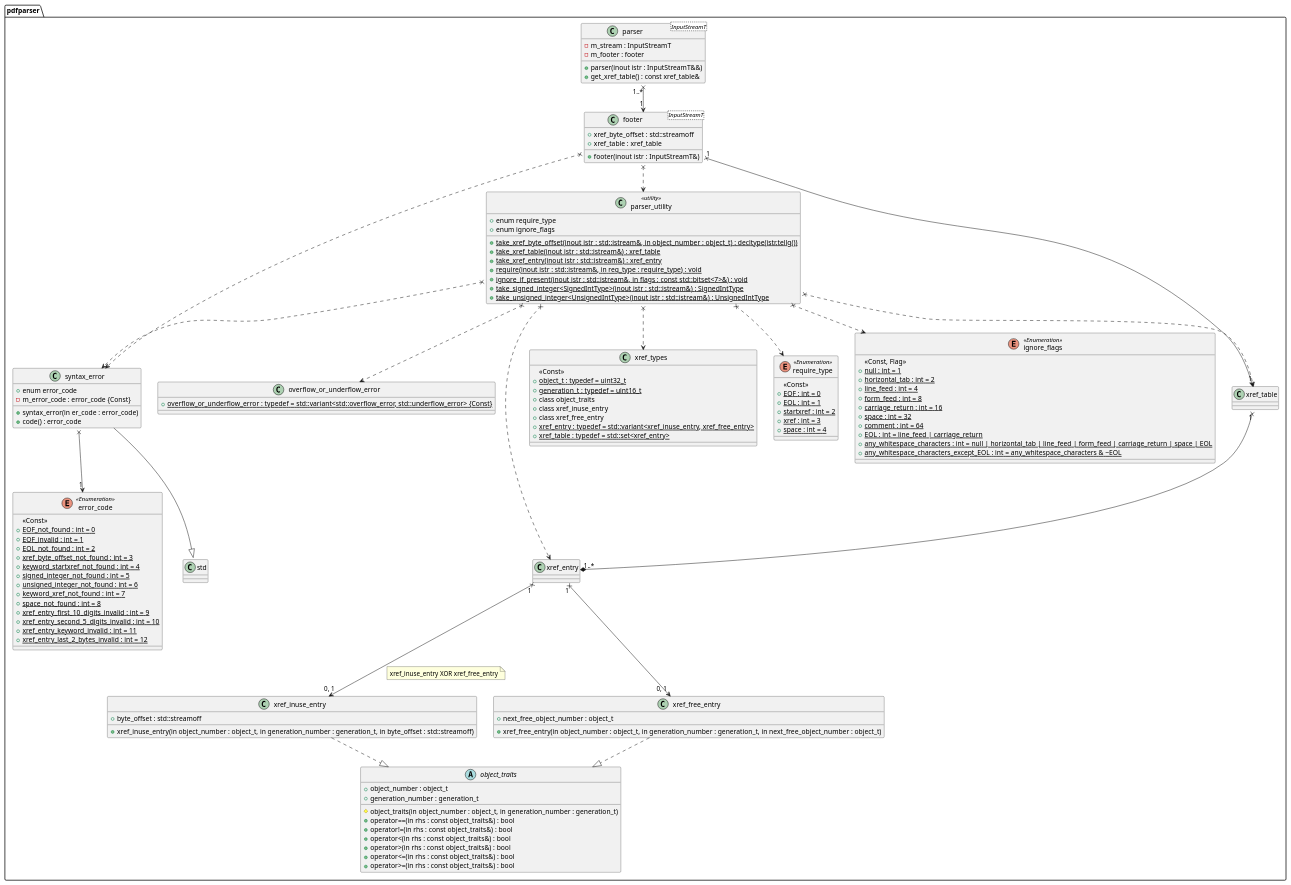
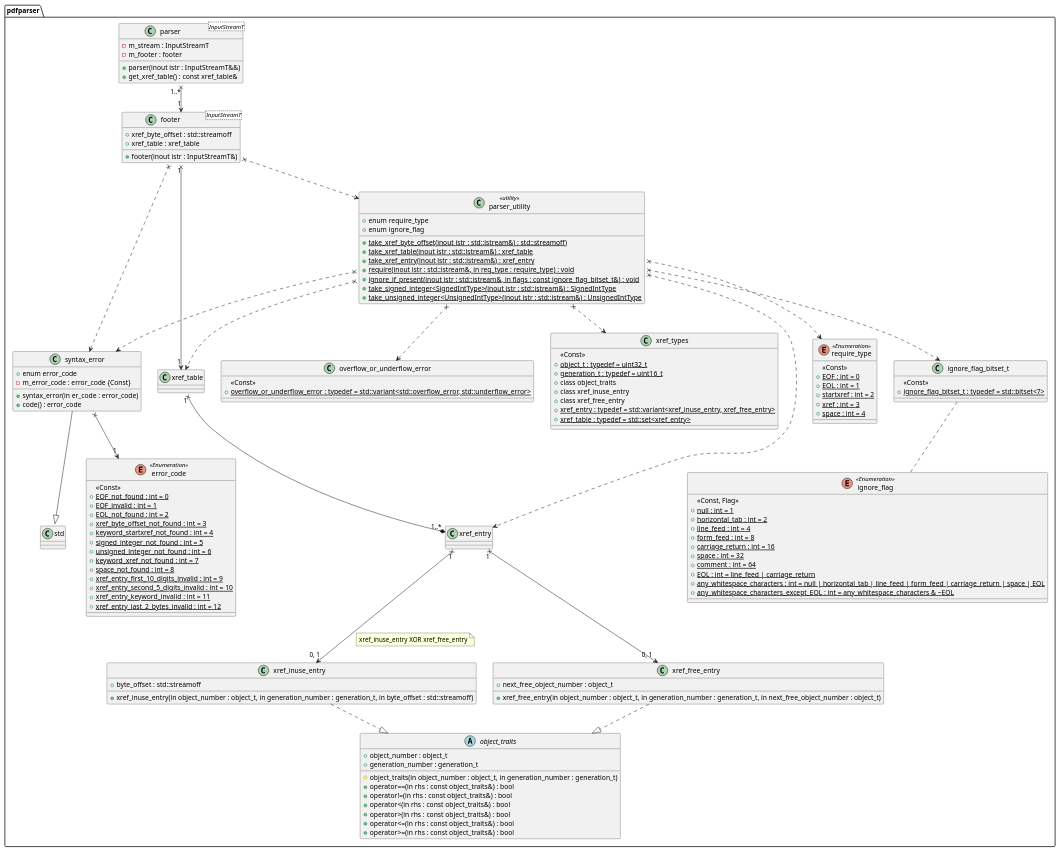
The diagram in document/parser.class.pu (KodaiYM/PDFReader), drawn with PlantUML before and after one commit. The commit also changed 12 other files, not shown here.

```diff
--- a/document/parser.class.pu
+++ b/document/parser.class.pu
@@ -1,135 +1,142 @@
 @startuml parser
 namespace pdfparser {
 enum require_type <<Enumeration>> {
 	<<Const>>
 	+{static} EOF : int = 0
 	+{static} EOL : int = 1
 	+{static} startxref : int = 2
 	+{static} xref : int = 3
 	+{static} space : int = 4
 }
-enum ignore_flags <<Enumeration>> {
+enum ignore_flag <<Enumeration>> {
 	<<Const, Flag>>
 	+{static} null : int = 1
 	+{static} horizontal_tab : int = 2
 	+{static} line_feed : int = 4
 	+{static} form_feed : int = 8
 	+{static} carriage_return : int = 16
 	+{static} space : int = 32
 	+{static} comment : int = 64
 	+{static} EOL : int = line_feed | carriage_return
 	+{static} any_whitespace_characters : int = null | horizontal_tab | line_feed | form_feed | carriage_return | space | EOL
 	+{static} any_whitespace_characters_except_EOL : int = any_whitespace_characters & ~EOL
 }
+class ignore_flag_bitset_t {
+	<<Const>>
+	+{static} ignore_flag_bitset_t : typedef = std::bitset<7>
+}
+ignore_flag_bitset_t .. ignore_flag
+
 class parser<InputStreamT> {
 	-m_stream : InputStreamT
 	-m_footer : footer
 
 	+parser(inout istr : InputStreamT&&)
 	+get_xref_table() : const xref_table&
 }
 parser "1..*" x--> "1" footer
 
 class footer<InputStreamT> {
 	+xref_byte_offset : std::streamoff
 	+xref_table : xref_table
 
 	+footer(inout istr : InputStreamT&)
 }
 footer x..> syntax_error
 footer x..> parser_utility
 footer "1" x--> "1" xref_table
 
 class parser_utility <<utility>> {
 	+enum require_type
-	+enum ignore_flags
+	+enum ignore_flag
 
-	+{static} take_xref_byte_offset(inout istr : std::istream&, in object_number : object_t) : decltype(istr.tellg())
+	+{static} take_xref_byte_offset(inout istr : std::istream&) : std::streamoff)
 	+{static} take_xref_table(inout istr : std::istream&) : xref_table
 	+{static} take_xref_entry(inout istr : std::istream&) : xref_entry
 	+{static} require(inout istr : std::istream&, in req_type : require_type) : void
-	+{static} ignore_if_present(inout istr : std::istream&, in flags : const std::bitset<7>&) : void
+	+{static} ignore_if_present(inout istr : std::istream&, in flags : const ignore_flag_bitset_t&) : void
 	+{static} take_signed_integer<SignedIntType>(inout istr : std::istream&) : SignedIntType
 	+{static} take_unsigned_integer<UnsignedIntType>(inout istr : std::istream&) : UnsignedIntType
 }
 parser_utility x..> require_type
-parser_utility x..> ignore_flags
+parser_utility x..> ignore_flag_bitset_t
 parser_utility x..> syntax_error
 parser_utility x..> overflow_or_underflow_error
 parser_utility x..> xref_table
 parser_utility x..> xref_entry
 parser_utility x..> xref_types
 
 enum error_code <<Enumeration>> {
 	<<Const>>
 	+{static} EOF_not_found : int = 0
 	+{static} EOF_invalid : int = 1
 	+{static} EOL_not_found : int = 2
 	+{static} xref_byte_offset_not_found : int = 3
 	+{static} keyword_startxref_not_found : int = 4
 	+{static} signed_integer_not_found : int = 5
 	+{static} unsigned_integer_not_found : int = 6
 	+{static} keyword_xref_not_found : int = 7
 	+{static} space_not_found : int = 8
 	+{static} xref_entry_first_10_digits_invalid : int = 9
 	+{static} xref_entry_second_5_digits_invalid : int = 10
 	+{static} xref_entry_keyword_invalid : int = 11
 	+{static} xref_entry_last_2_bytes_invalid : int = 12
 }
 class syntax_error {
 	+enum error_code
 	-m_error_code : error_code {Const}
 
 	+syntax_error(in er_code : error_code)
 	+code() : error_code
 }
 syntax_error --|> std::runtime_error
 syntax_error x--> "1" error_code
 
 class overflow_or_underflow_error {
-	+{static} overflow_or_underflow_error : typedef = std::variant<std::overflow_error, std::underflow_error> {Const}
+	<<Const>>
+	+{static} overflow_or_underflow_error : typedef = std::variant<std::overflow_error, std::underflow_error>
 }
 
 class xref_types {
 	<<Const>>
 	+{static} object_t : typedef = uint32_t
 	+{static} generation_t : typedef = uint16_t
 	+class object_traits
 	+class xref_inuse_entry
 	+class xref_free_entry
 	+{static} xref_entry : typedef = std::variant<xref_inuse_entry, xref_free_entry>
 	+{static} xref_table : typedef = std::set<xref_entry>
 }
 xref_table "1" x--* "1..*" xref_entry
 xref_entry "1" x--> "0, 1" xref_inuse_entry
 note right on link
 xref_inuse_entry XOR xref_free_entry
 end note
 xref_entry "1" x--> "0, 1" xref_free_entry
 
 abstract class object_traits {
 	+object_number : object_t
 	+generation_number : generation_t
 
 	#object_traits(in object_number : object_t, in generation_number : generation_t)
 	+operator==(in rhs : const object_traits&) : bool
 	+operator!=(in rhs : const object_traits&) : bool
 	+operator<(in rhs : const object_traits&) : bool
 	+operator>(in rhs : const object_traits&) : bool
 	+operator<=(in rhs : const object_traits&) : bool
 	+operator>=(in rhs : const object_traits&) : bool
 }
 
 class xref_inuse_entry {
 	+xref_inuse_entry(in object_number : object_t, in generation_number : generation_t, in byte_offset : std::streamoff)
 	+byte_offset : std::streamoff
 }
 xref_inuse_entry ..|> object_traits
 
 class xref_free_entry {
 	+xref_free_entry(in object_number : object_t, in generation_number : generation_t, in next_free_object_number : object_t)
 	+next_free_object_number : object_t
 }
 xref_free_entry ..|> object_traits
 }
 @enduml
```
